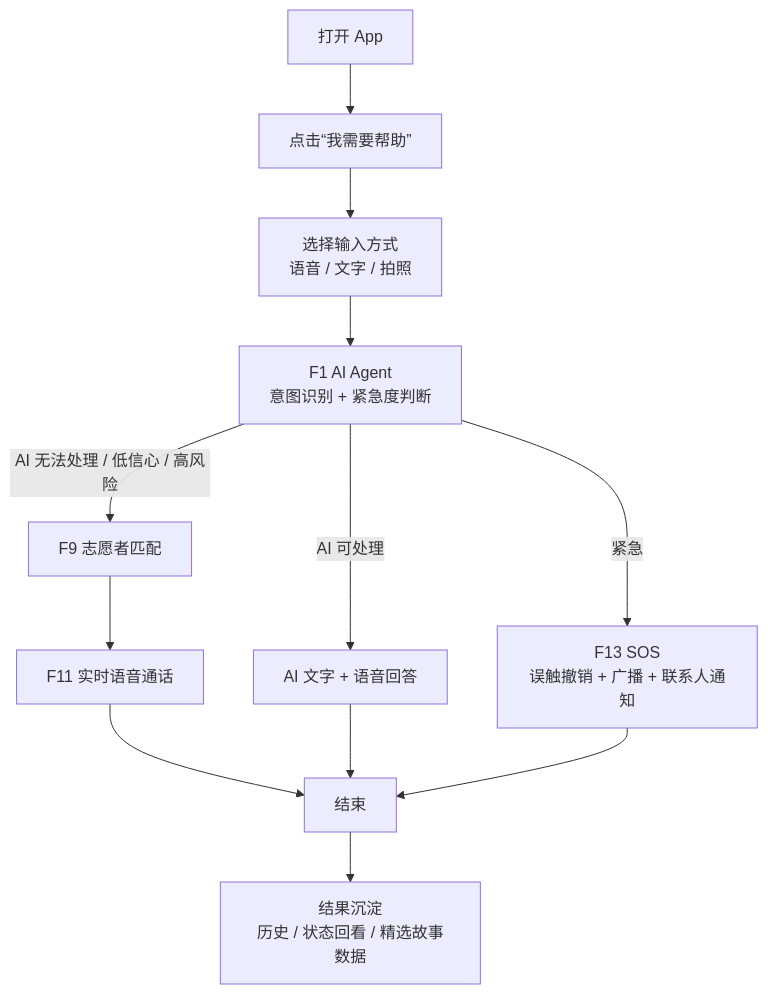
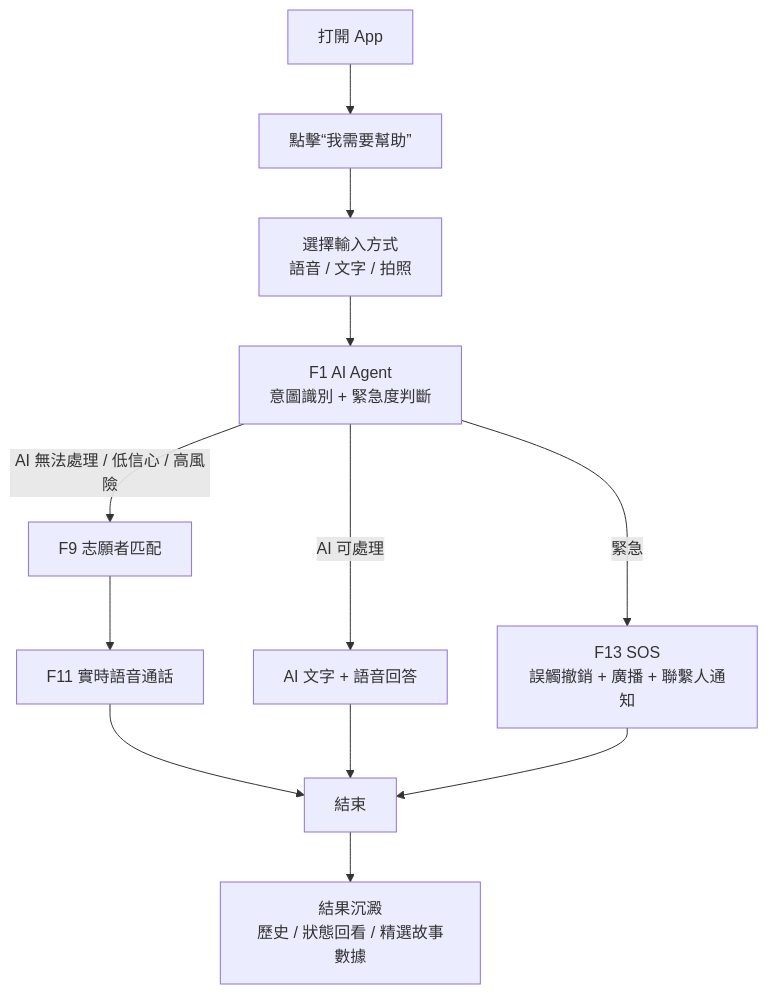
One commit to insistgang/LinkLab changed the first of 2 diagrams in LinkAble/AGENTS_LinkAble_optimized_v2026.04.md. Above: the diagram before and after it, drawn with Mermaid. The commit also changed other lines of this file and 522 other files, not shown here.

````diff
--- a/LinkAble/AGENTS_LinkAble_optimized_v2026.04.md
+++ b/LinkAble/AGENTS_LinkAble_optimized_v2026.04.md
@@ -213,17 +213,17 @@
 ```mermaid
 flowchart TD
-    A[打开 App] --> B[点击“我需要帮助”]
-    B --> C[选择输入方式<br/>语音 / 文字 / 拍照]
-    C --> D[F1 AI Agent<br/>意图识别 + 紧急度判断]
+    A[打開 App] --> B[點擊“我需要幫助”]
+    B --> C[選擇輸入方式<br/>語音 / 文字 / 拍照]
+    C --> D[F1 AI Agent<br/>意圖識別 + 緊急度判斷]
 
-    D -->|紧急| E[F13 SOS<br/>误触撤销 + 广播 + 联系人通知]
-    D -->|AI 可处理| F[AI 文字 + 语音回答]
-    D -->|AI 无法处理 / 低信心 / 高风险| G[F9 志愿者匹配]
+    D -->|緊急| E[F13 SOS<br/>誤觸撤銷 + 廣播 + 聯繫人通知]
+    D -->|AI 可處理| F[AI 文字 + 語音回答]
+    D -->|AI 無法處理 / 低信心 / 高風險| G[F9 志願者匹配]
 
-    G --> H[F11 实时语音通话]
-    H --> I[结束]
+    G --> H[F11 實時語音通話]
+    H --> I[結束]
     F --> I
     E --> I
 
-    I --> J[结果沉淀<br/>历史 / 状态回看 / 精选故事数据]
+    I --> J[結果沉澱<br/>歷史 / 狀態回看 / 精選故事數據]
 ```
````
